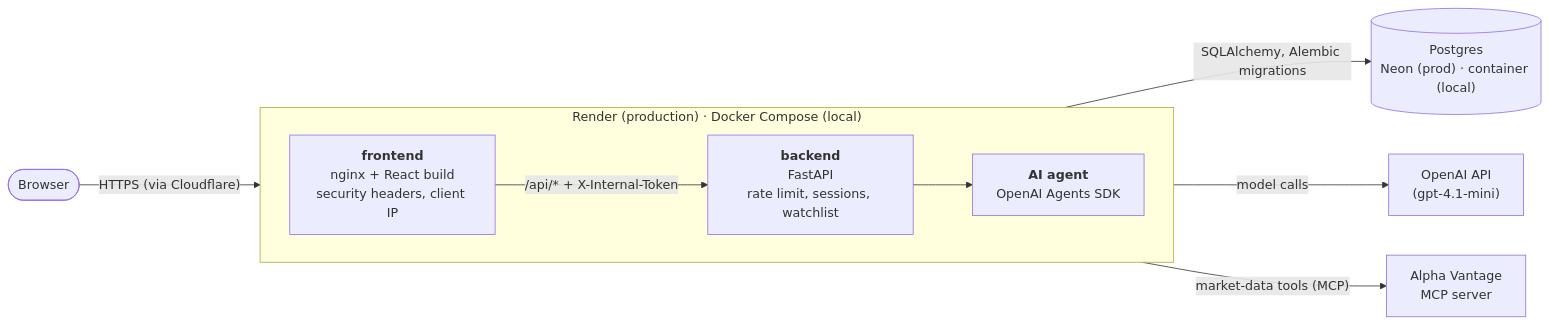
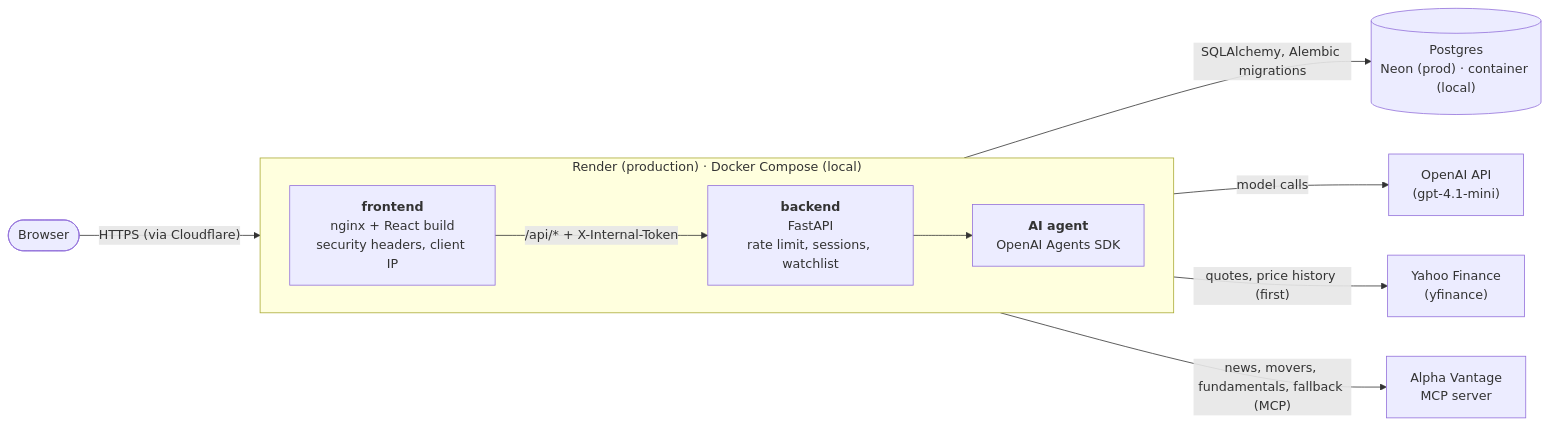
Before and after one commit to Crooked-Cat-Tail-Software/stock-assistant: the first of 2 diagrams in README.md, drawn with Mermaid. The commit also changed other lines of this file and 13 other files, not shown here.

First line of the commit message:
Use yfinance for quotes and history, Alpha Vantage as fallback

````diff
--- a/README.md
+++ b/README.md
@@ -47,22 +49,24 @@
 ```mermaid
 flowchart LR
     user([Browser])
 
     subgraph render["Render (production) · Docker Compose (local)"]
         direction LR
         web["<b>frontend</b><br/>nginx + React build<br/>security headers, client IP"]
         api["<b>backend</b><br/>FastAPI<br/>rate limit, sessions, watchlist"]
         agent["<b>AI agent</b><br/>OpenAI Agents SDK"]
     end
 
     db[("Postgres<br/>Neon (prod) · container (local)")]
     openai["OpenAI API<br/>(gpt-4.1-mini)"]
+    yahoo["Yahoo Finance<br/>(yfinance)"]
     mcp["Alpha Vantage<br/>MCP server"]
 
     user -- "HTTPS (via Cloudflare)" --> web
     web -- "/api/* + X-Internal-Token" --> api
     api --> agent
     api -- "SQLAlchemy, Alembic migrations" --> db
     agent -- "model calls" --> openai
-    agent -- "market-data tools (MCP)" --> mcp
+    agent -- "quotes, price history (first)" --> yahoo
+    agent -- "news, movers, fundamentals, fallback (MCP)" --> mcp
 ```
````
